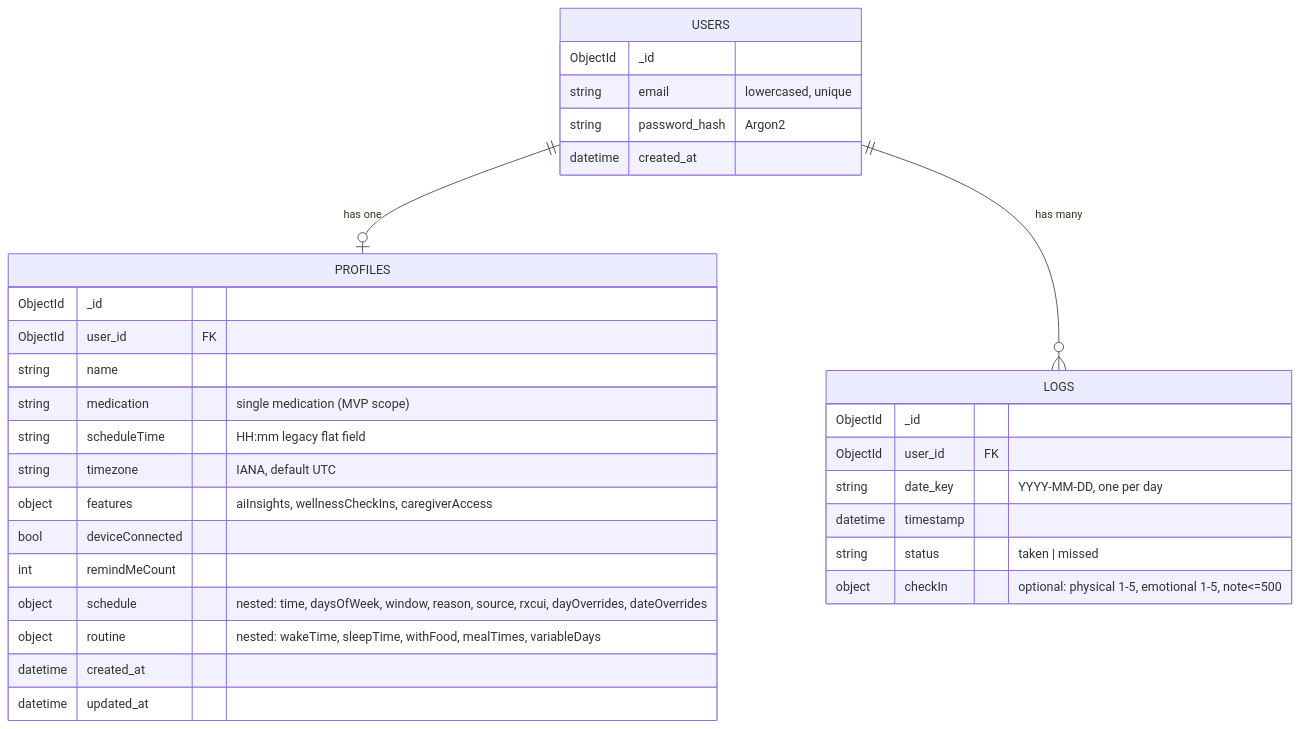
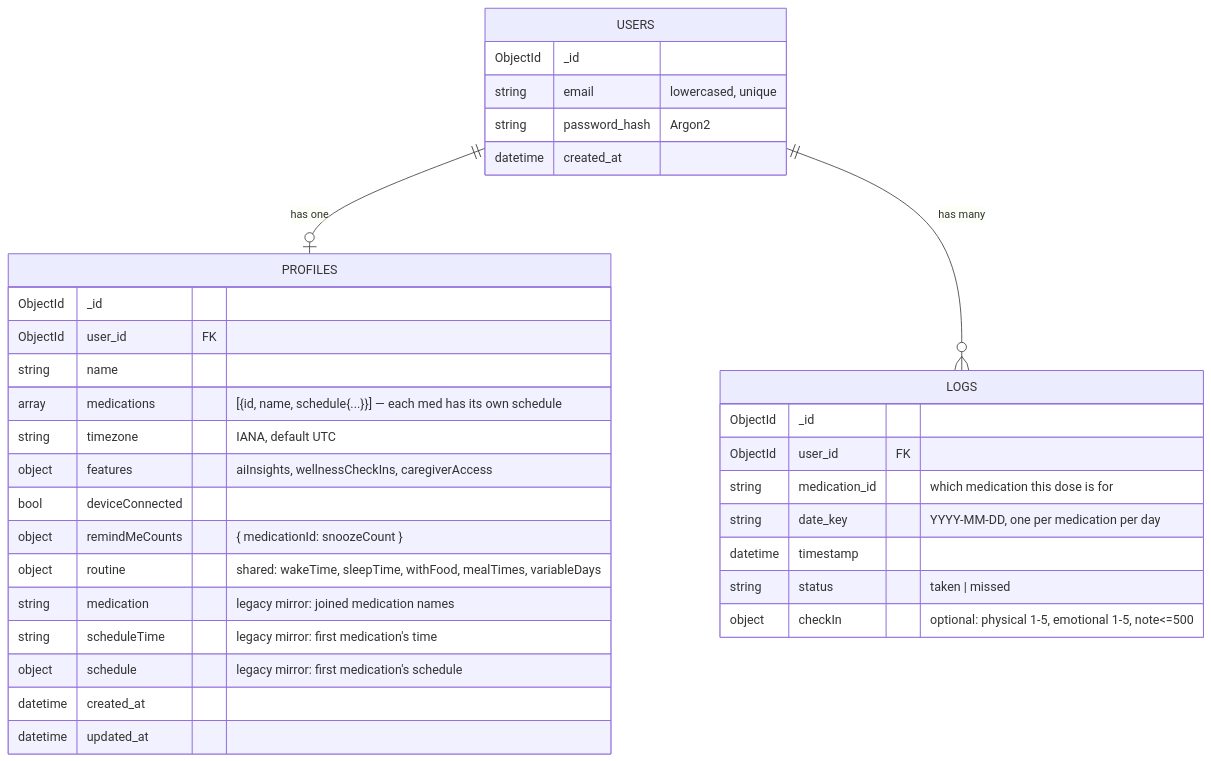
One commit to sallonico/Attune-de9bc2d9 changed the third of 7 diagrams in README.md. Above: the diagram before and after it, drawn with Mermaid. The commit also changed other lines of this file and 3 other files, not shown here.

````diff
--- a/README.md
+++ b/README.md
@@ -168,37 +162,39 @@
 ```mermaid
 erDiagram
     USERS ||--o| PROFILES : "has one"
     USERS ||--o{ LOGS : "has many"
 
     USERS {
         ObjectId _id
         string email "lowercased, unique"
         string password_hash "Argon2"
         datetime created_at
     }
 
     PROFILES {
         ObjectId _id
         ObjectId user_id FK
         string name
-        string medication "single medication (MVP scope)"
-        string scheduleTime "HH:mm legacy flat field"
+        array medications "[{id, name, schedule{...}}] — each med has its own schedule"
         string timezone "IANA, default UTC"
         object features "aiInsights, wellnessCheckIns, caregiverAccess"
         bool deviceConnected
-        int remindMeCount
-        object schedule "nested: time, daysOfWeek, window, reason, source, rxcui, dayOverrides, dateOverrides"
-        object routine "nested: wakeTime, sleepTime, withFood, mealTimes, variableDays"
+        object remindMeCounts "{ medicationId: snoozeCount }"
+        object routine "shared: wakeTime, sleepTime, withFood, mealTimes, variableDays"
+        string medication "legacy mirror: joined medication names"
+        string scheduleTime "legacy mirror: first medication's time"
+        object schedule "legacy mirror: first medication's schedule"
         datetime created_at
         datetime updated_at
     }
 
     LOGS {
         ObjectId _id
         ObjectId user_id FK
-        string date_key "YYYY-MM-DD, one per day"
+        string medication_id "which medication this dose is for"
+        string date_key "YYYY-MM-DD, one per medication per day"
         datetime timestamp
         string status "taken | missed"
         object checkIn "optional: physical 1-5, emotional 1-5, note<=500"
     }
 ```
````
